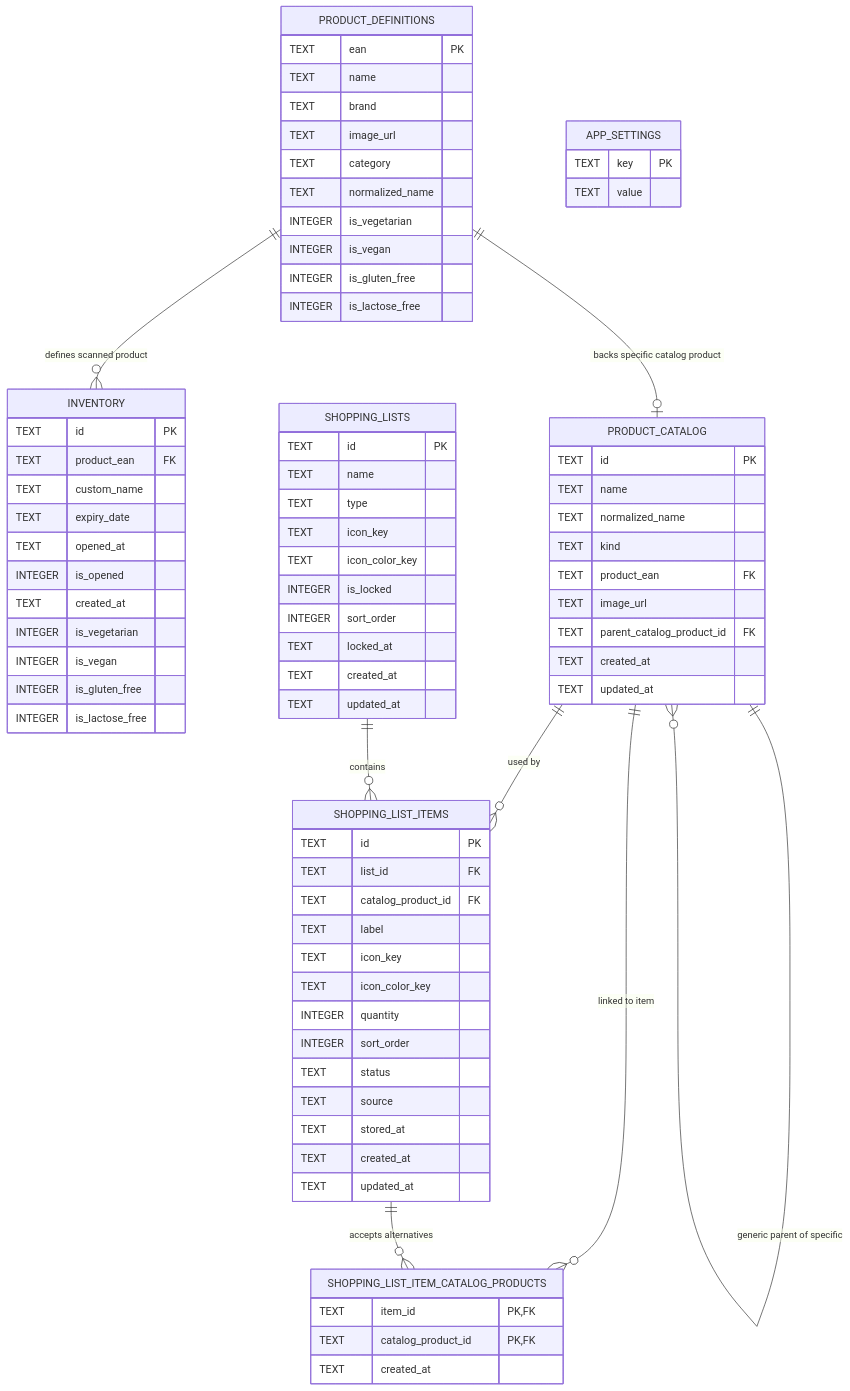
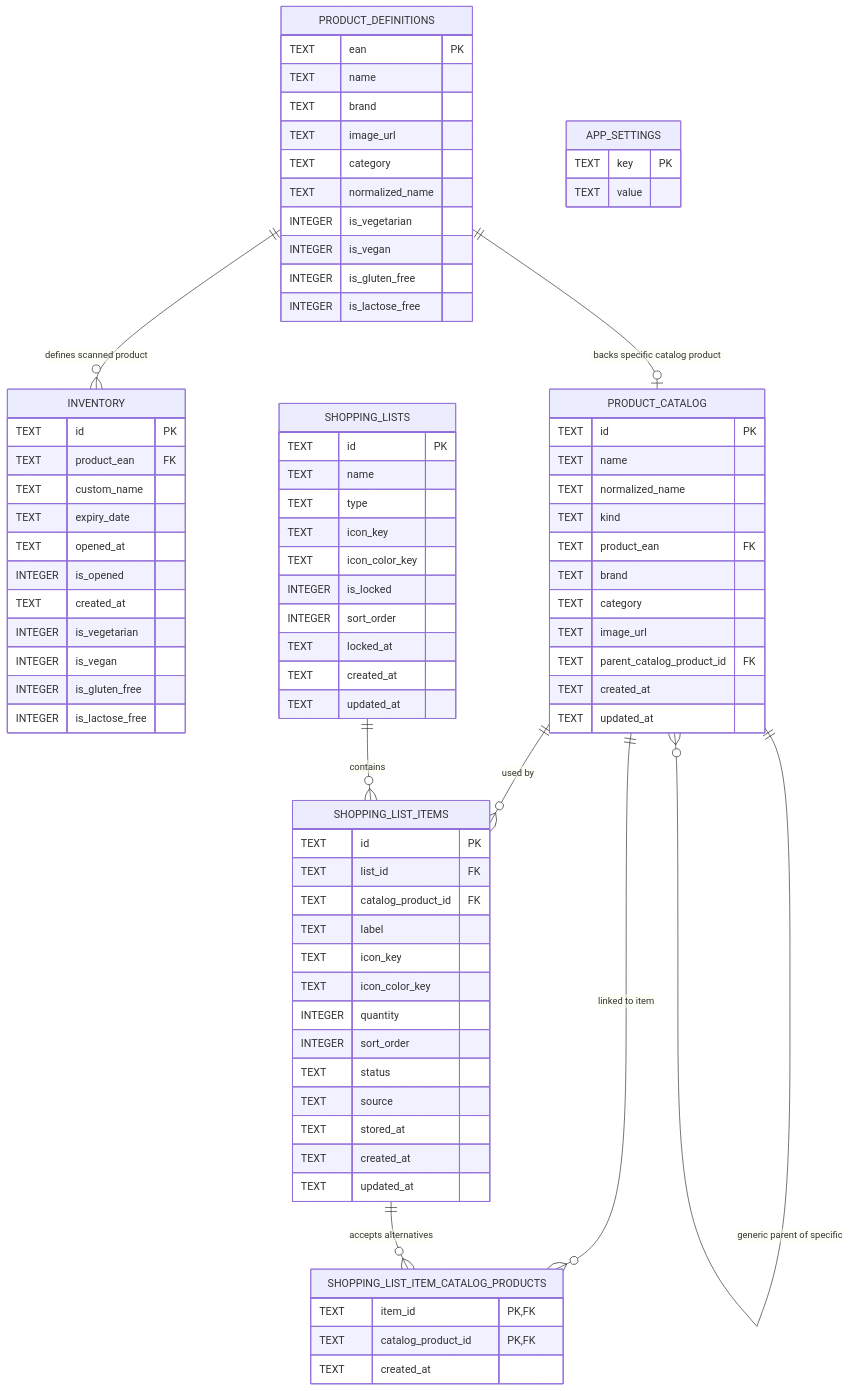
One commit to nazwa-zespolu/ShelfChef changed the diagram in docs/db/schema.md. Above: the diagram before and after it, drawn with Mermaid. The commit also changed other lines of this file and 9 other files, not shown here.

Commit message:
fix: save brand and category for products without EAN

```diff
--- a/docs/db/schema.md
+++ b/docs/db/schema.md
@@ -41,6 +41,8 @@
         TEXT normalized_name
         TEXT kind
         TEXT product_ean FK
+        TEXT brand
+        TEXT category
         TEXT image_url
         TEXT parent_catalog_product_id FK
         TEXT created_at
```
